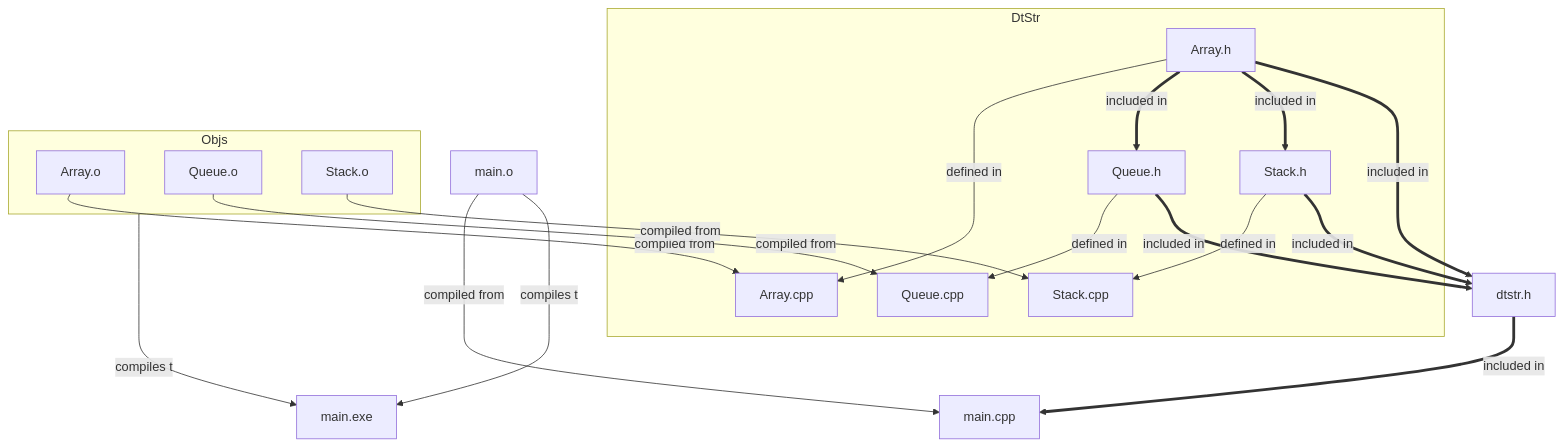
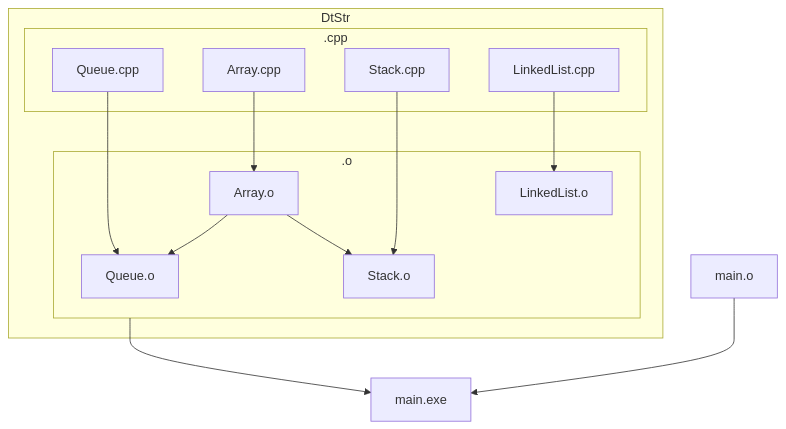
The second of 2 diagrams in README.md (RaghavJit/DataStructures), drawn with Mermaid before and after one commit. The commit also changed other lines of this file, not shown here.

````diff
--- a/README.md
+++ b/README.md
@@ -19,25 +82,32 @@
-```mermaid
+```mermaid 
 graph TD;
+
+
+
     subgraph DtStr
-    Array.h--defined in-->Array.cpp
-    Array.h==included in==>Queue.h
-    Queue.h--defined in-->Queue.cpp
-    Array.h==included in==>Stack.h
-    Stack.h--defined in-->Stack.cpp
+    
+        subgraph .cpp
+            Queue.cpp
+            Array.cpp
+            Stack.cpp
+            LinkedList.cpp
+        end 
+
+        subgraph .o
+            Queue.o
+            Array.o
+            Stack.o
+            LinkedList.o
+        end
+
+        Array.cpp --> Array.o
+        Array.o --> Queue.o
+        Array.o --> Stack.o
+        Queue.cpp --> Queue.o
+        Stack.cpp --> Stack.o
+        LinkedList.cpp --> LinkedList.o
     end
 
-    subgraph Objs
-    Array.o--compiled from-->Array.cpp
-    Queue.o--compiled from-->Queue.cpp
-    Stack.o--compiled from-->Stack.cpp
-    end 
-
-    Array.h==included in==>dtstr.h
-    Stack.h==included in==>dtstr.h
-    Queue.h==included in==>dtstr.h
-
-    dtstr.h==included in==>main.cpp
-    main.o--compiled from-->main.cpp
-    main.o--compiles to-->main.exe
-    Objs--compiles to-->main.exe
+    main.o --> main.exe
+    .o --> main.exe
 ```
````
